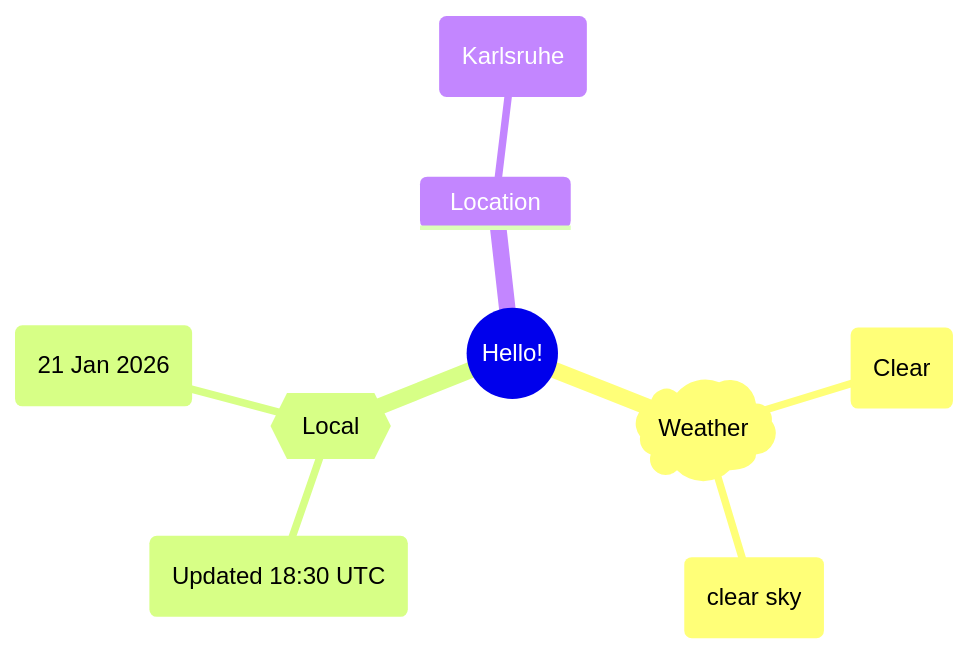
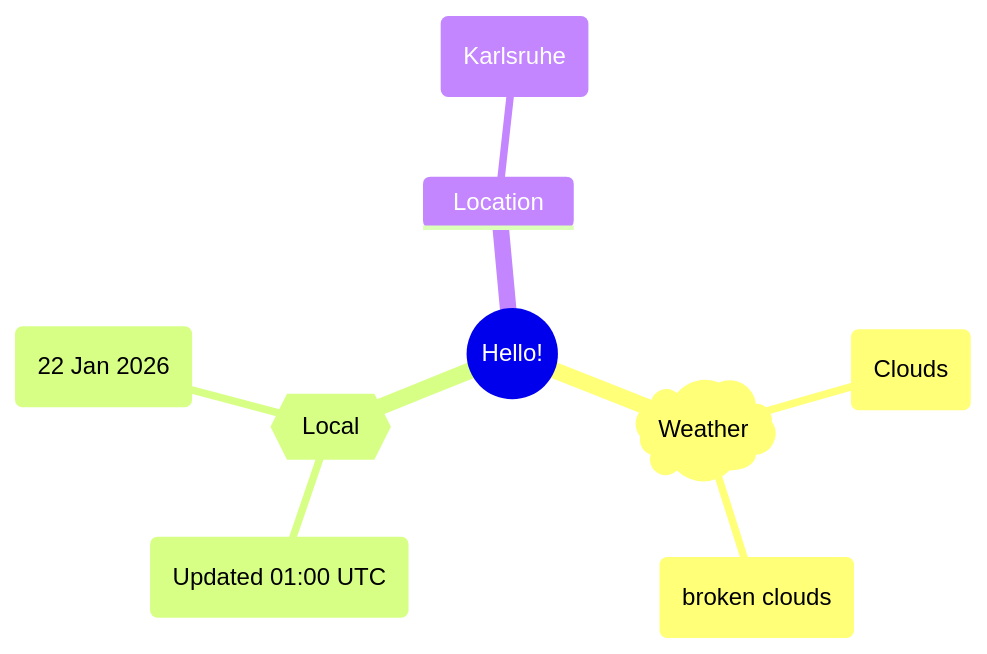
The first of 2 diagrams in README.md (Xosrov/Xosrov), drawn with Mermaid before and after one commit.

Commit message:
[bot] updated images

````diff
--- a/README.md
+++ b/README.md
@@ -3,12 +3,12 @@
 ```mermaid
 mindmap
   root((Hello!))
     )Weather(
-        (Clear)
-        (clear sky)
+        (Clouds)
+        (broken clouds)
     {{Local}}
-        (Updated 18:30 UTC)
-        (21 Jan 2026)
+        (Updated 01:00 UTC)
+        (22 Jan 2026)
     Location
         (Karlsruhe)
 ```
````
